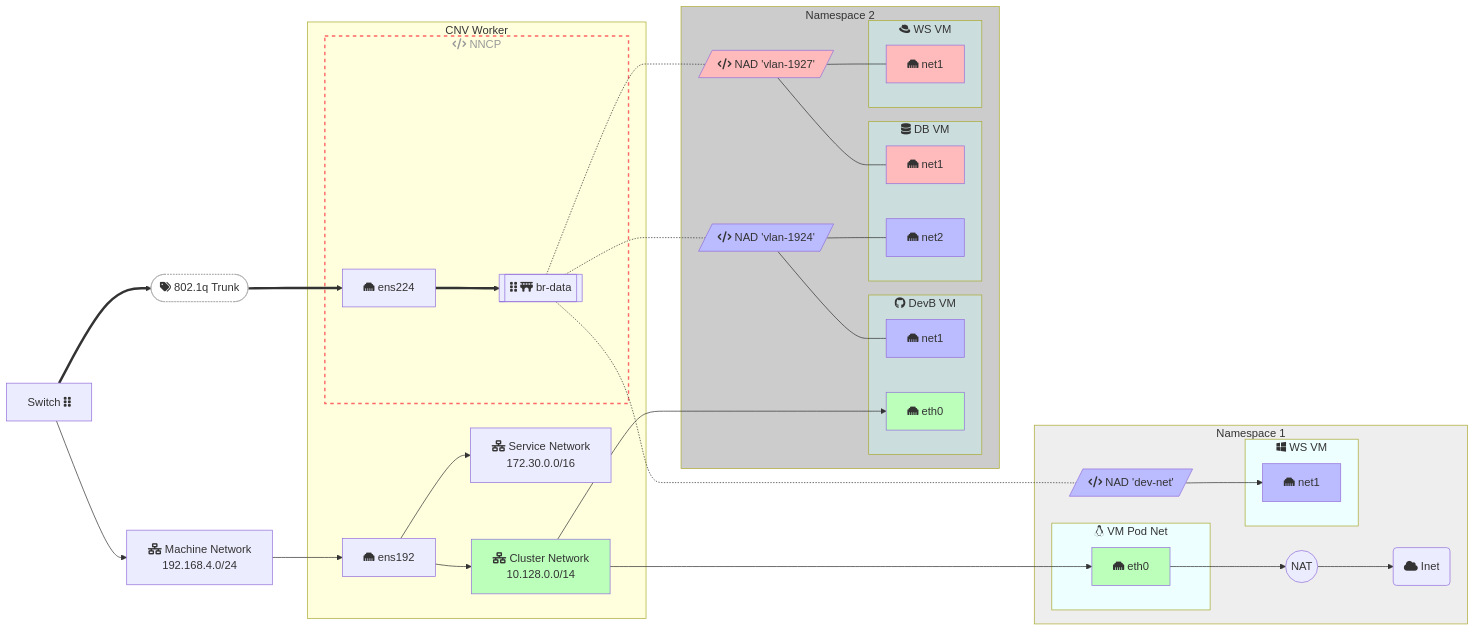
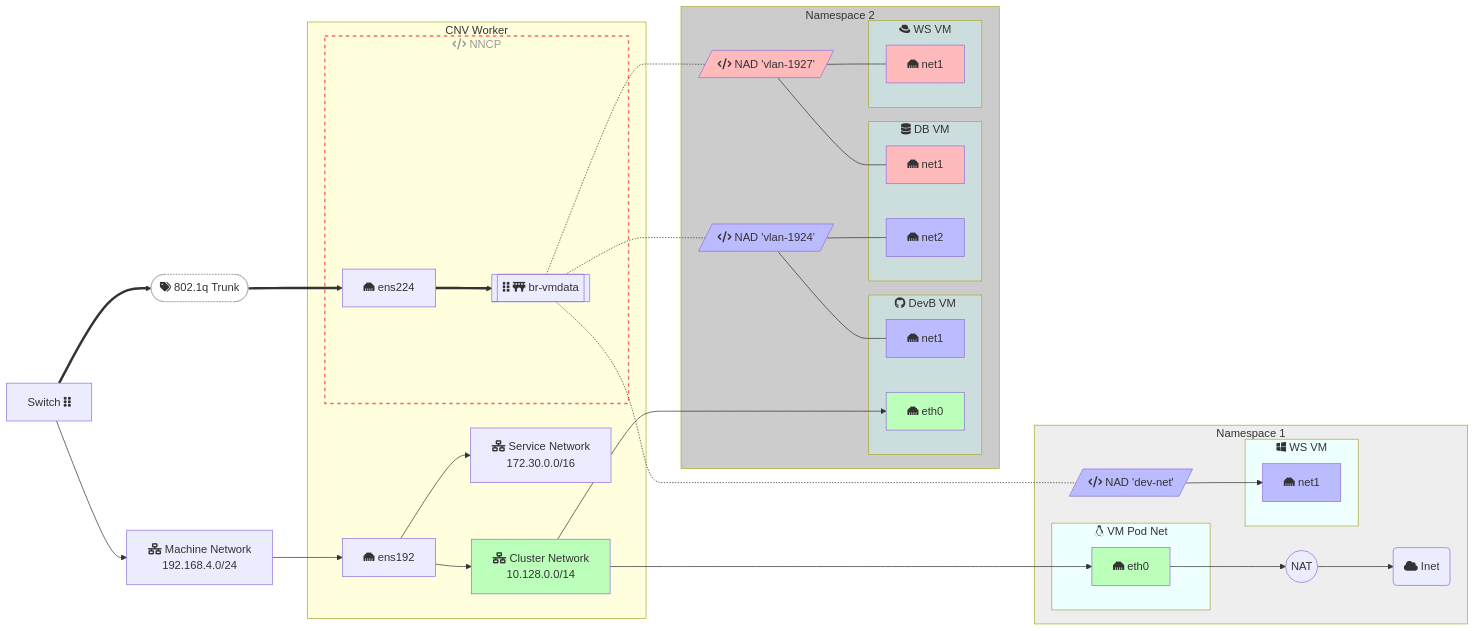
Before and after one commit to dlbewley/demo-virt: the first of 2 diagrams in networking/diagram.md, drawn with Mermaid.

Commit message:
rename bridge

````diff
--- a/networking/diagram.md
+++ b/networking/diagram.md
@@ -9,78 +9,78 @@
 ```mermaid
 graph LR;
 
   switch["Switch fa:fa-grip-vertical"]
   machinenet["fa:fa-network-wired Machine Network<br> 192.168.4.0/24"]
   switch --> machinenet --> ens192
   switch ==> T(["fa:fa-tags 802.1q Trunk"]) ==> ens224[ens224]
 
   subgraph node["CNV Worker"]
     ens192["fa:fa-ethernet ens192"]
     servicenet["fa:fa-network-wired Service Network<br> 172.30.0.0/16"]
     clusternet["fa:fa-network-wired Cluster Network<br> 10.128.0.0/14"]
 
     ens192 --> servicenet
     ens192 --> clusternet
 
     subgraph nncp["fa:fa-code NNCP"]
       ens224["fa:fa-ethernet ens224"]
-      ens224 ==> br-data[["fa:fa-grip-vertical fa:fa-bridge br-data"]]
+      ens224 ==> br-vmdata[["fa:fa-grip-vertical fa:fa-bridge br-vmdata"]]
     end
   end
 
   subgraph ns1["Namespace 1"]
     subgraph ns1-vm1[fab:fa-linux VM Pod Net]
         nginx-nic["fa:fa-ethernet eth0"]
     end
     clusternet ----> nginx-nic
     nginx-nic --> nat((NAT)) --> inet("fa:fa-cloud Inet")
 
     subgraph ns1-vm2[fab:fa-windows WS VM]
         ns1-vm2-nic1["fa:fa-ethernet net1"]
     end
-    br-data -.- ns1-nad-1924[/"fa:fa-code NAD 'dev-net'"/] --> ns1-vm2-nic1
+    br-vmdata -.- ns1-nad-1924[/"fa:fa-code NAD 'dev-net'"/] --> ns1-vm2-nic1
   end
 
   subgraph ns2["Namespace 2"]
     subgraph ns2-vm1[fab:fa-github DevB VM]
         ns2-vm1-nic1["fa:fa-ethernet net1"]
         ns2-vm1-nic2["fa:fa-ethernet eth0"]
     end
 
     clusternet --> ns2-vm1-nic2
 
     subgraph ns2-vm2["fa:fa-database DB VM"]
         ns2-vm2-nic1["fa:fa-ethernet net1"]
         ns2-vm2-nic2["fa:fa-ethernet net2"]
     end
 
     subgraph ns2-vm3["fab:fa-redhat WS VM"]
         ns2-vm3-nic1["fa:fa-ethernet net1"]
     end
 
-    br-data -.- ns2-nad-1924[/"fa:fa-code NAD 'vlan-1924'"/] --- ns2-vm1-nic1
-                ns2-nad-1924                                 --- ns2-vm2-nic2
-    br-data -.- ns2-nad-1927[/"fa:fa-code NAD 'vlan-1927'"/] --- ns2-vm2-nic1
-                ns2-nad-1927                                 --- ns2-vm3-nic1
+    br-vmdata -.- ns2-nad-1924[/"fa:fa-code NAD 'vlan-1924'"/] --- ns2-vm1-nic1
+                ns2-nad-1924                                   --- ns2-vm2-nic2
+    br-vmdata -.- ns2-nad-1927[/"fa:fa-code NAD 'vlan-1927'"/] --- ns2-vm2-nic1
+                ns2-nad-1927                                   --- ns2-vm3-nic1
   end
 
   classDef clusterNet fill:#bfb
   class clusternet,nginx-nic,ns2-vm1-nic2 clusterNet
 
   classDef vlan-1924 fill:#bbf
   class ens224.1924,br-1924,ns1-nad-1924,ns2-nad-1924,ns1-vm2-nic1,ns1-ws2-1924,ns2-vm1-nic1,ns2-vm2-nic2 vlan-1924
 
   classDef vlan-1927 fill:#fbb
   class ens224.1927,br-1927,ns1-nad-1927,ns2-nad-1927,ns2-vm2-nic1,ns2-vm3-nic1 vlan-1927
 
   style nncp stroke:#f66,stroke-width:2px,color:#999,stroke-dasharray: 5 5
   style T fill:white,stroke:darkgrey,stroke-width:1px,color:#333,stroke-dasharray: 2 2
 
   classDef ns1-vm fill:#eff
   class ns1-vm1,ns1-vm2 ns1-vm
   style ns1 fill:#eee
 
   classDef ns2-vm fill:#cdd
   class ns2-vm1,ns2-vm2,ns2-vm3 ns2-vm
   style ns2 fill:#ccc
 ```
````
